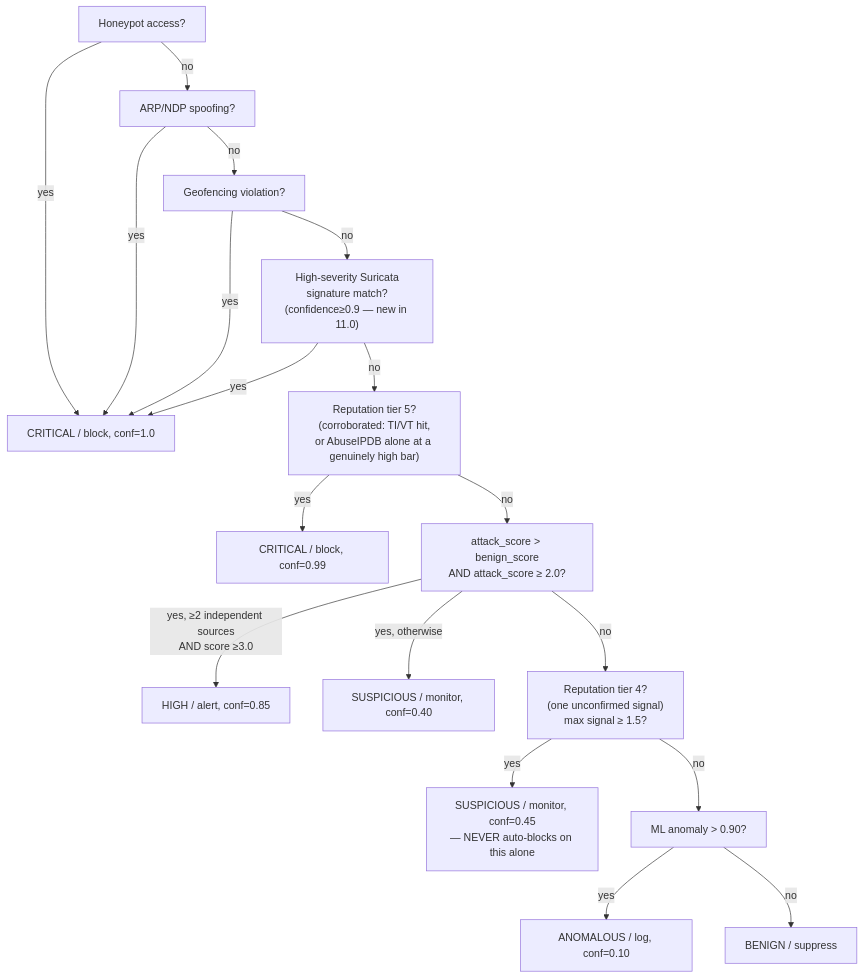
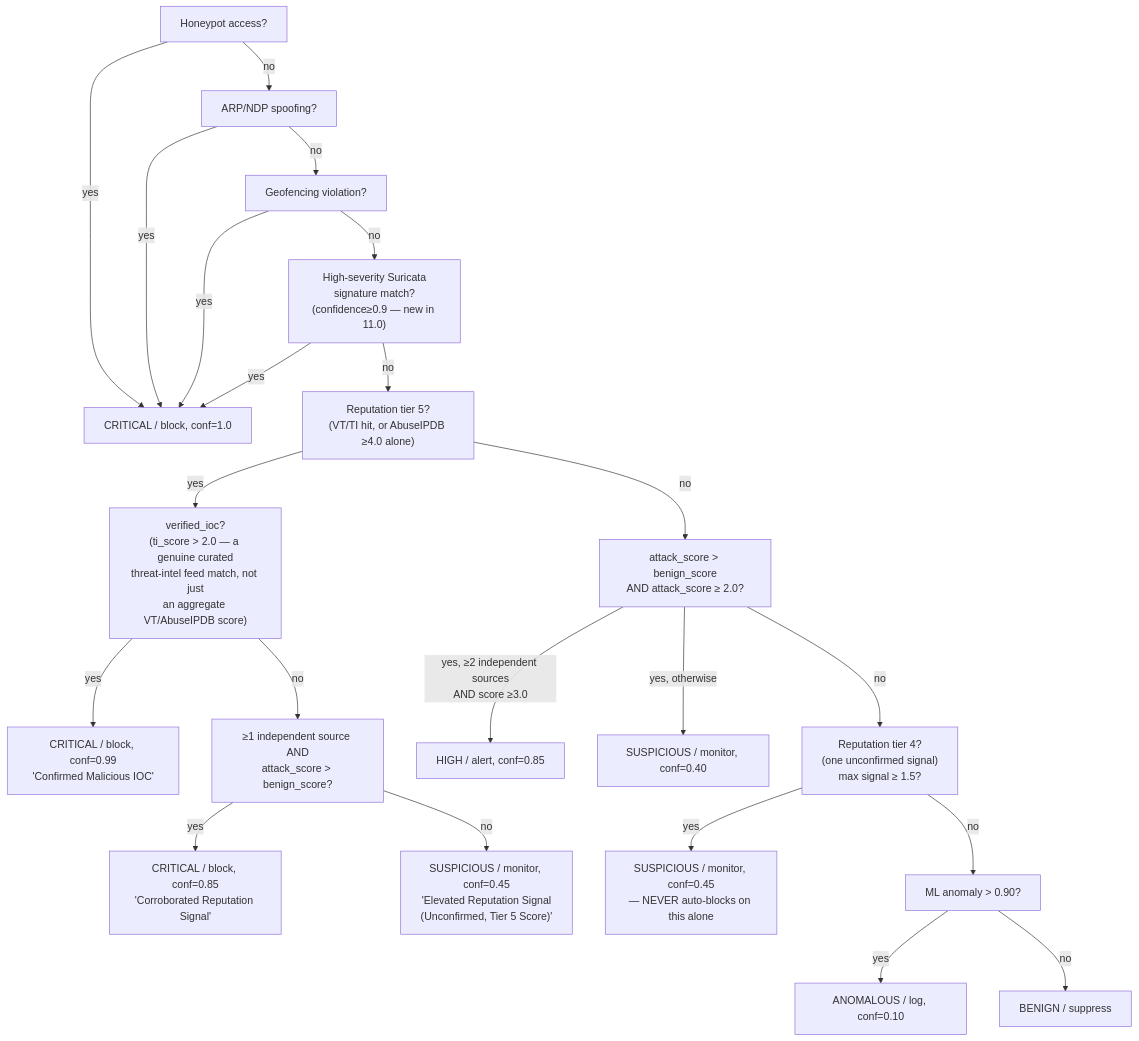
The diagram in Documentation/ENGINEERING_MANUAL.md (gsaket-sky/home-ids), drawn with Mermaid before and after one commit. The commit also changed other lines of this file and 6 other files, not shown here.

````diff
--- a/Documentation/ENGINEERING_MANUAL.md
+++ b/Documentation/ENGINEERING_MANUAL.md
@@ -116,20 +116,24 @@
 ```mermaid
 flowchart TD
     A["Honeypot access?"] -->|yes| Z1["CRITICAL / block, conf=1.0"]
     A -->|no| B["ARP/NDP spoofing?"]
     B -->|yes| Z1
     B -->|no| C["Geofencing violation?"]
     C -->|yes| Z1
     C -->|no| CX["High-severity Suricata<br/>signature match?<br/>(confidence≥0.9 — new in 11.0)"]
     CX -->|yes| Z1
-    CX -->|no| D["Reputation tier 5?<br/>(corroborated: TI/VT hit,<br/>or AbuseIPDB alone at a genuinely high bar)"]
-    D -->|yes| Z2["CRITICAL / block, conf=0.99"]
+    CX -->|no| D["Reputation tier 5?<br/>(VT/TI hit, or AbuseIPDB ≥4.0 alone)"]
+    D -->|yes| D2["verified_ioc?<br/>(ti_score &gt; 2.0 — a genuine curated<br/>threat-intel feed match, not just<br/>an aggregate VT/AbuseIPDB score)"]
+    D2 -->|yes| Z2["CRITICAL / block, conf=0.99<br/>'Confirmed Malicious IOC'"]
+    D2 -->|no| D3["≥1 independent source AND<br/>attack_score &gt; benign_score?"]
+    D3 -->|yes| Z2b["CRITICAL / block, conf=0.85<br/>'Corroborated Reputation Signal'"]
+    D3 -->|no| Z2c["SUSPICIOUS / monitor, conf=0.45<br/>'Elevated Reputation Signal<br/>(Unconfirmed, Tier 5 Score)'"]
     D -->|no| E["attack_score > benign_score<br/>AND attack_score ≥ 2.0?"]
     E -->|yes, ≥2 independent sources<br/>AND score ≥3.0| Z3["HIGH / alert, conf=0.85"]
     E -->|yes, otherwise| Z4["SUSPICIOUS / monitor, conf=0.40"]
     E -->|no| F["Reputation tier 4?<br/>(one unconfirmed signal)<br/>max signal ≥ 1.5?"]
     F -->|yes| Z5["SUSPICIOUS / monitor, conf=0.45<br/>— NEVER auto-blocks on this alone"]
     F -->|no| G["ML anomaly > 0.90?"]
     G -->|yes| Z6["ANOMALOUS / log, conf=0.10"]
     G -->|no| Z7["BENIGN / suppress"]
 ```
````
